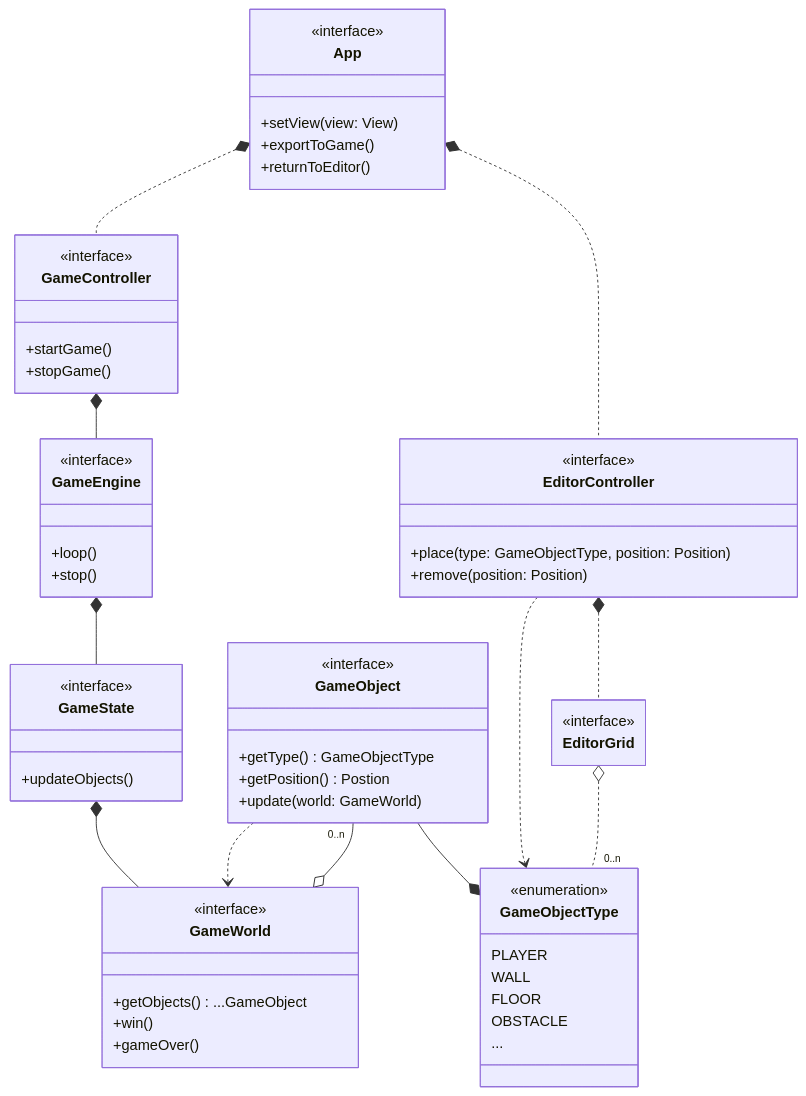
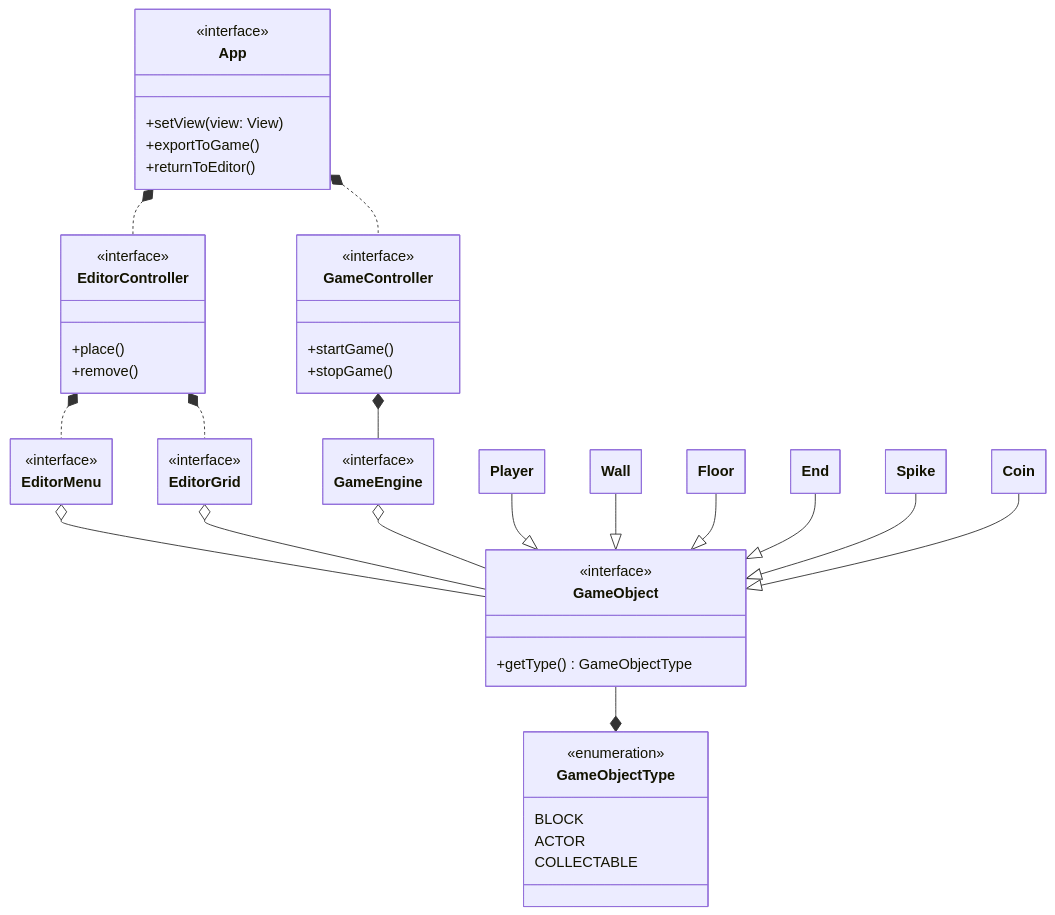
The diagram in assets/uml/domain-model.mmd (4realgames/OOP24-arcaym), drawn with Mermaid before and after one commit.

Commit message:
finished domain model diagram

```diff
--- a/assets/uml/domain-model.mmd
+++ b/assets/uml/domain-model.mmd
@@ -1,77 +1,69 @@
 ---
   config:
     class:
       hideEmptyMembersBox: true
 ---
 
 classDiagram
     class App {
         <<interface>>
         +setView(view: View)
         +exportToGame()
         +returnToEditor()
     }
 
     App *.. GameController
     App *.. EditorController
 
     class EditorController {
         <<interface>>
-        +place(type: GameObjectType, position: Position)
-        +remove(position: Position)
+        +place()
+        +remove()
     }
 
     class GameController {
         <<interface>>
         +startGame()
         +stopGame()
     }
 
+    GameController *-- GameEngine
+
+    class GameEngine {
+        <<interface>>
+    }
+
     class GameObjectType {
         <<enumeration>>
-        PLAYER
-        WALL
-        FLOOR
-        OBSTACLE
-        ...
+        BLOCK
+        ACTOR
+        COLLECTABLE
     }
 
     class GameObject {
         <<interface>>
         +getType() GameObjectType
-        +getPosition() Postion
-        +update(world: GameWorld)
     }
     GameObject --* GameObjectType
 
-    class GameEngine {
-        <<interface>>
-        +loop()
-        +stop()
-    }
-    
-    class GameState {
-        <<interface>>
-        +updateObjects()
-    }
-    class GameWorld {
-        <<interface>>
-        +getObjects() ...GameObject
-        +win()
-        +gameOver()
-    }
-
-    GameState *-- GameWorld
-    GameObject ..> GameWorld
-    GameObject "0..n" --o GameWorld
-
-    GameEngine *-- GameState
-    GameController *-- GameEngine
 
     class EditorGrid {
         <<interface>>
     }
+    class EditorMenu {
+        <<interface>>
+    }
 
-    EditorController ..> GameObjectType
+    EditorController *.. EditorMenu
     EditorController *.. EditorGrid
-    EditorGrid o.. "0..n" GameObjectType
+
+    EditorMenu o-- GameObject
+    EditorGrid o-- GameObject
+    GameEngine o-- GameObject
+
+    Player --|> GameObject
+    Wall --|> GameObject
+    Floor --|> GameObject
+    End --|> GameObject
+    Spike --|> GameObject
+    Coin --|> GameObject
```
